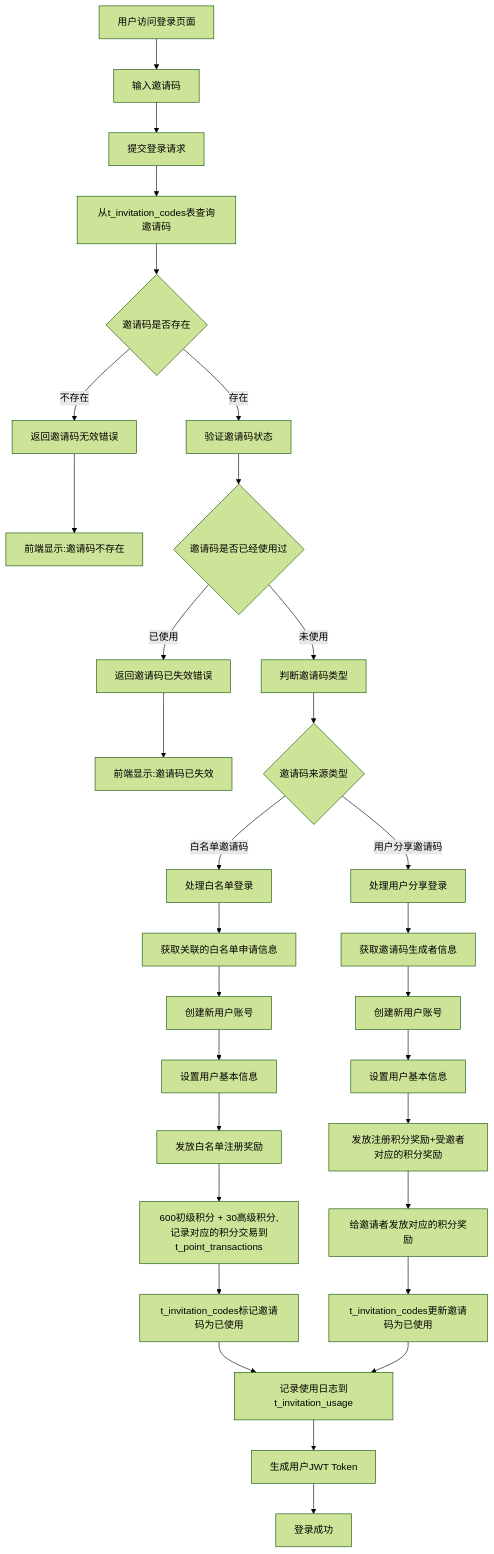
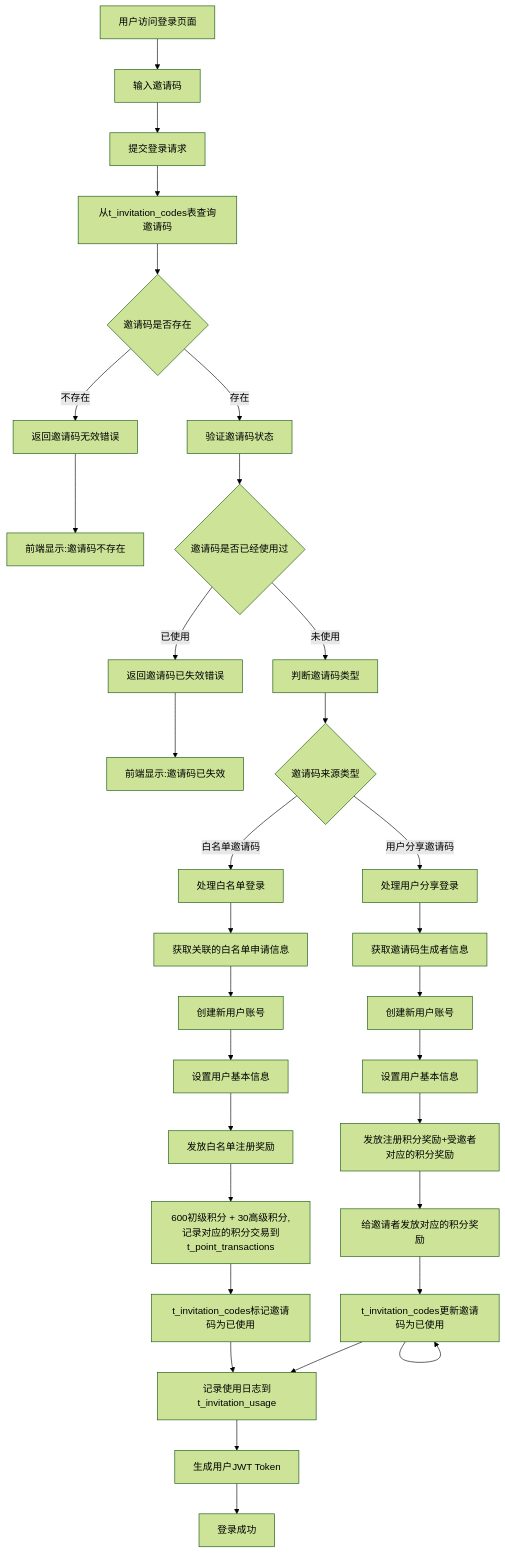
The diagram in all/未命名-74.md (yingjianzh/iodraw-files), drawn with Mermaid (forest theme) before and after one commit.

Commit message:
2025-07-07 14:03:13 update

````diff
--- a/all/未命名-74.md
+++ b/all/未命名-74.md
@@ -1,41 +1,41 @@
 ```mermaid
 
 flowchart TD
     A[用户访问登录页面] --> B[输入邀请码]
     B --> E[提交登录请求]
     E --> H[从t_invitation_codes表查询邀请码]
     H --> I{邀请码是否存在}
     I -->|不存在| J[返回邀请码无效错误]
     J --> K[前端显示:邀请码不存在]
     
     I -->|存在| L[验证邀请码状态]
     L --> M{邀请码是否已经使用过}
     M -->|已使用| N[返回邀请码已失效错误]
     N --> O[前端显示:邀请码已失效]
     
     M -->|未使用| X[判断邀请码类型]
     X --> Y{邀请码来源类型}
     
     Y -->|白名单邀请码| Z[处理白名单登录]
     Z --> Z1[获取关联的白名单申请信息]
     Z1 --> Z2[创建新用户账号]
     Z2 --> Z3[设置用户基本信息]
     Z3 --> Z4[发放白名单注册奖励]
     Z4 --> Z5[600初级积分 + 30高级积分,记录对应的积分交易到t_point_transactions]
     Z5 --> Z6[t_invitation_codes标记邀请码为已使用]
     Z6 --> AA[记录使用日志到t_invitation_usage]
     
     Y -->|用户分享邀请码| BB[处理用户分享登录]
     BB --> BB1[获取邀请码生成者信息]
     BB1 --> BB2[创建新用户账号]
     BB2 --> BB3[设置用户基本信息]
     BB3 --> BB4[发放注册积分奖励+受邀者对应的积分奖励]
     BB4 --> BB5[给邀请者发放对应的积分奖励]
-    BB
-    BB5 --> BB6[t_invitation_codes更新邀请码为已使用]
+    BB5 --> BB6
+    BB6 --> BB6[t_invitation_codes更新邀请码为已使用]
     BB6 --> AA
     
     AA --> CC[生成用户JWT Token]
     CC --> DD[登录成功]  
 
 ```
````
